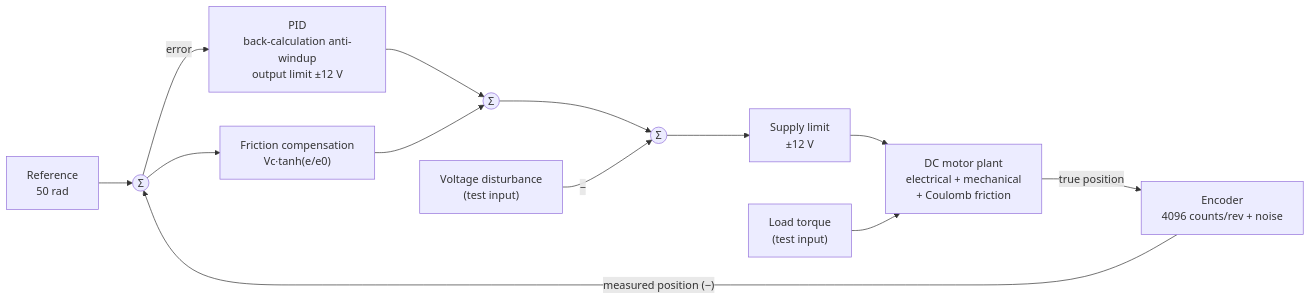
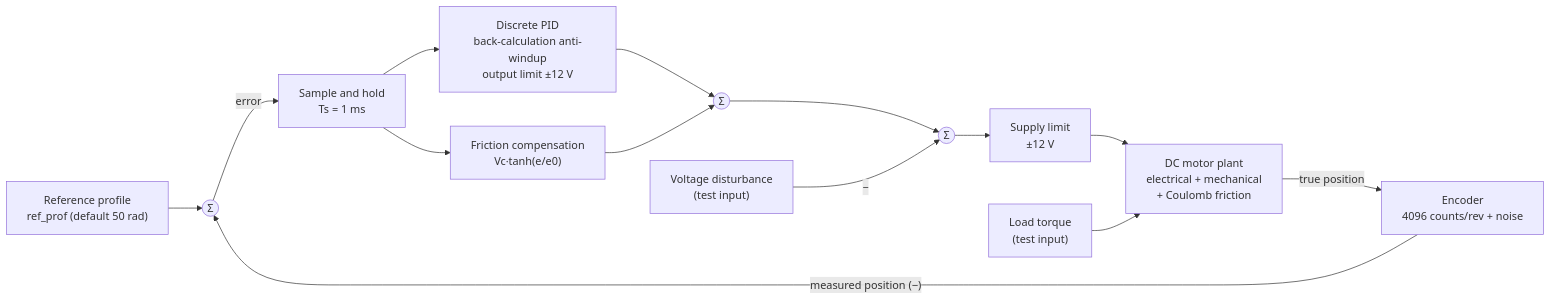
Before and after one commit to semanurkoc11/dc-motor-position-control-mbd: the diagram in README.md, drawn with Mermaid. The commit also changed other lines of this file and 2 other files, not shown here.

````diff
--- a/README.md
+++ b/README.md
@@ -34,15 +48,16 @@
 ```mermaid
 flowchart LR
-    R["Reference<br/>50 rad"] --> E((Σ))
-    E -->|error| PID["PID<br/>back-calculation anti-windup<br/>output limit ±12 V"]
-    E --> FC["Friction compensation<br/>Vc·tanh(e/e0)"]
+    R["Reference profile<br/>ref_prof (default 50 rad)"] --> E((Σ))
+    E -->|error| ZOH["Sample and hold<br/>Ts = 1 ms"]
+    ZOH --> PID["Discrete PID<br/>back-calculation anti-windup<br/>output limit ±12 V"]
+    ZOH --> FC["Friction compensation<br/>Vc·tanh(e/e0)"]
     PID --> U((Σ))
     FC --> U
     U --> D((Σ))
     VD["Voltage disturbance<br/>(test input)"] -->|"−"| D
     D --> SAT["Supply limit<br/>±12 V"]
     SAT --> M["DC motor plant<br/>electrical + mechanical<br/>+ Coulomb friction"]
     TL["Load torque<br/>(test input)"] --> M
     M -->|true position| ENC["Encoder<br/>4096 counts/rev + noise"]
     ENC -->|"measured position (−)"| E
 ```
````
